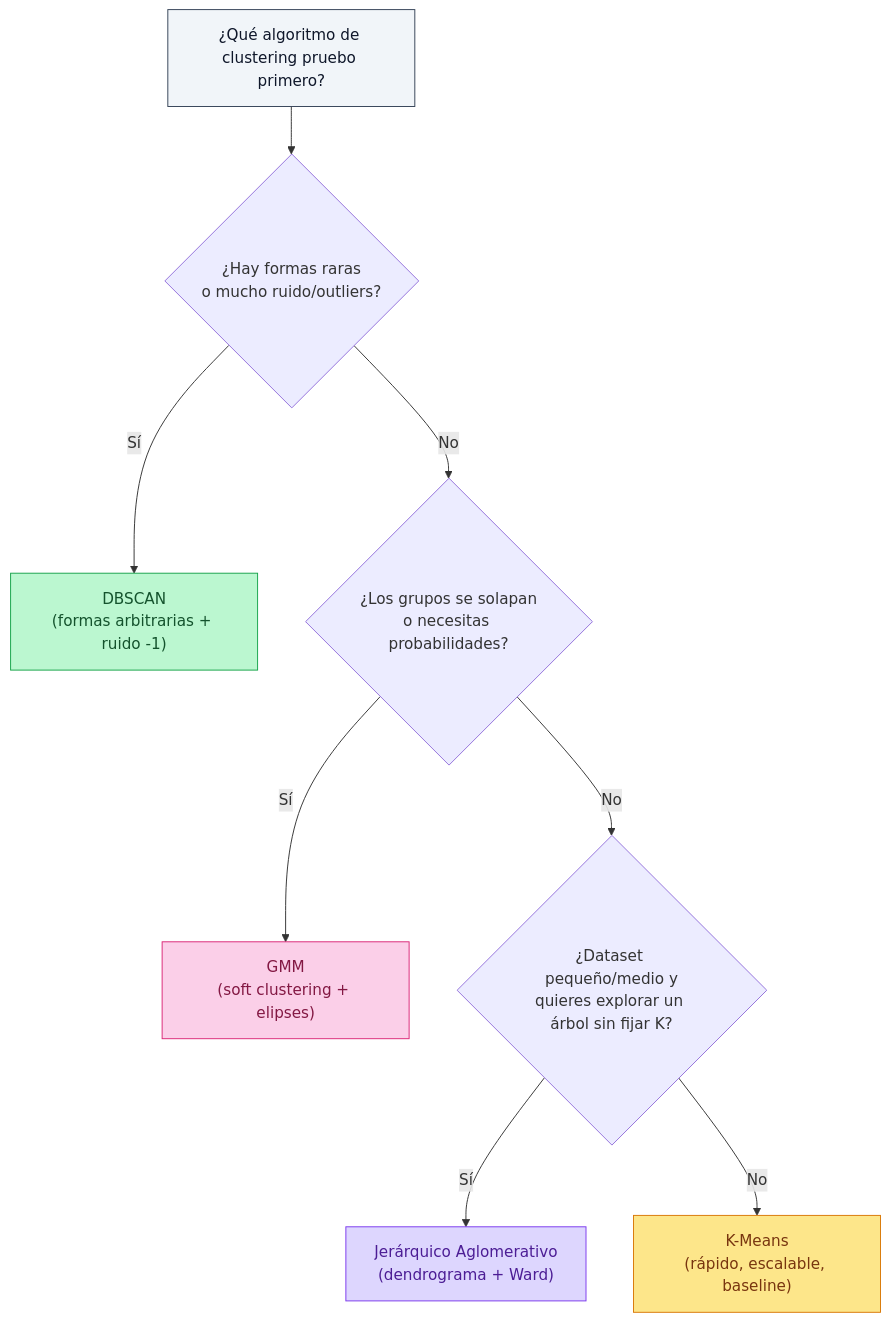
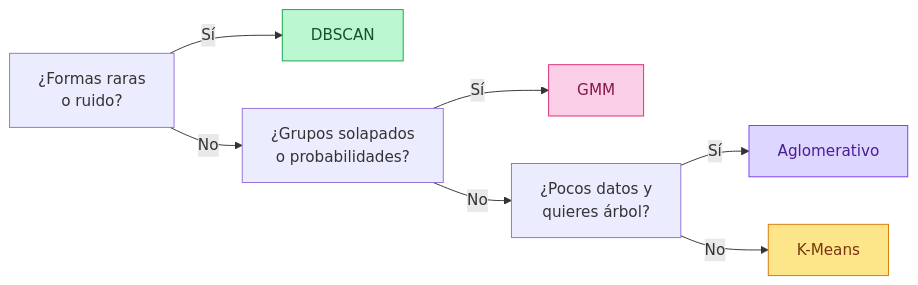
One commit to IA-P1-BCN/juanCarlos-investigacion-clustering changed the diagram in README.md. Above: the diagram before and after it, drawn with Mermaid. The commit also changed other lines of this file and 6 other files, not shown here.

````diff
--- a/README.md
+++ b/README.md
@@ -217,16 +131,14 @@
 ```mermaid
-flowchart TD
-    START["¿Qué algoritmo de clustering pruebo primero?"] --> Q1{"¿Hay formas raras\no mucho ruido/outliers?"}
-    Q1 -- "Sí" --> A_DB["DBSCAN\n(formas arbitrarias + ruido -1)"]
-    Q1 -- "No" --> Q2{"¿Los grupos se solapan\no necesitas probabilidades?"}
-    Q2 -- "Sí" --> A_GMM["GMM\n(soft clustering + elipses)"]
-    Q2 -- "No" --> Q3{"¿Dataset pequeño/medio y\nquieres explorar un árbol sin fijar K?"}
-    Q3 -- "Sí" --> A_HC["Jerárquico Aglomerativo\n(dendrograma + Ward)"]
-    Q3 -- "No" --> A_KM["K-Means\n(rápido, escalable, baseline)"]
+flowchart LR
+    A["¿Formas raras\no ruido?"] -- "Sí" --> DB["DBSCAN"]
+    A -- "No" --> B["¿Grupos solapados\no probabilidades?"]
+    B -- "Sí" --> GMM["GMM"]
+    B -- "No" --> C["¿Pocos datos y\nquieres árbol?"]
+    C -- "Sí" --> HC["Aglomerativo"]
+    C -- "No" --> KM["K-Means"]
 
-    style START fill:#f1f5f9,stroke:#334155,color:#0f172a
-    style A_DB fill:#bbf7d0,stroke:#16a34a,color:#14532d
-    style A_GMM fill:#fbcfe8,stroke:#db2777,color:#831843
-    style A_HC fill:#ddd6fe,stroke:#7c3aed,color:#4c1d95
-    style A_KM fill:#fde68a,stroke:#d97706,color:#78350f
+    style DB fill:#bbf7d0,stroke:#16a34a,color:#14532d
+    style GMM fill:#fbcfe8,stroke:#db2777,color:#831843
+    style HC fill:#ddd6fe,stroke:#7c3aed,color:#4c1d95
+    style KM fill:#fde68a,stroke:#d97706,color:#78350f
 ```
````
